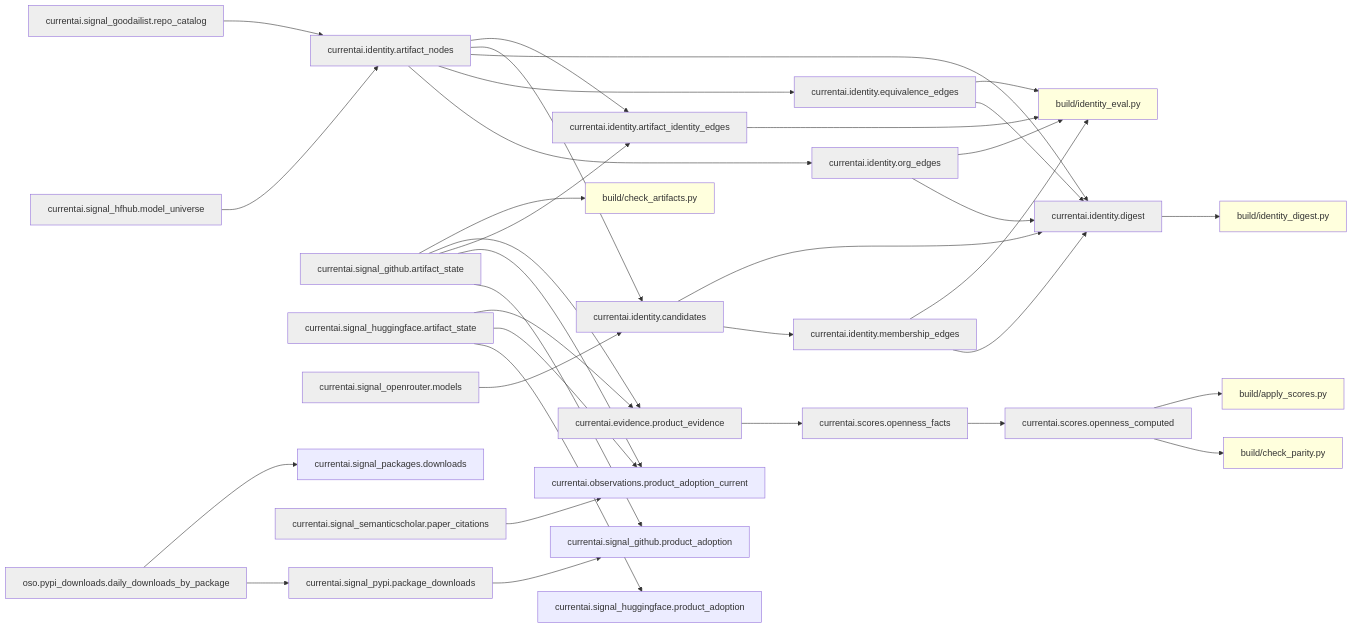
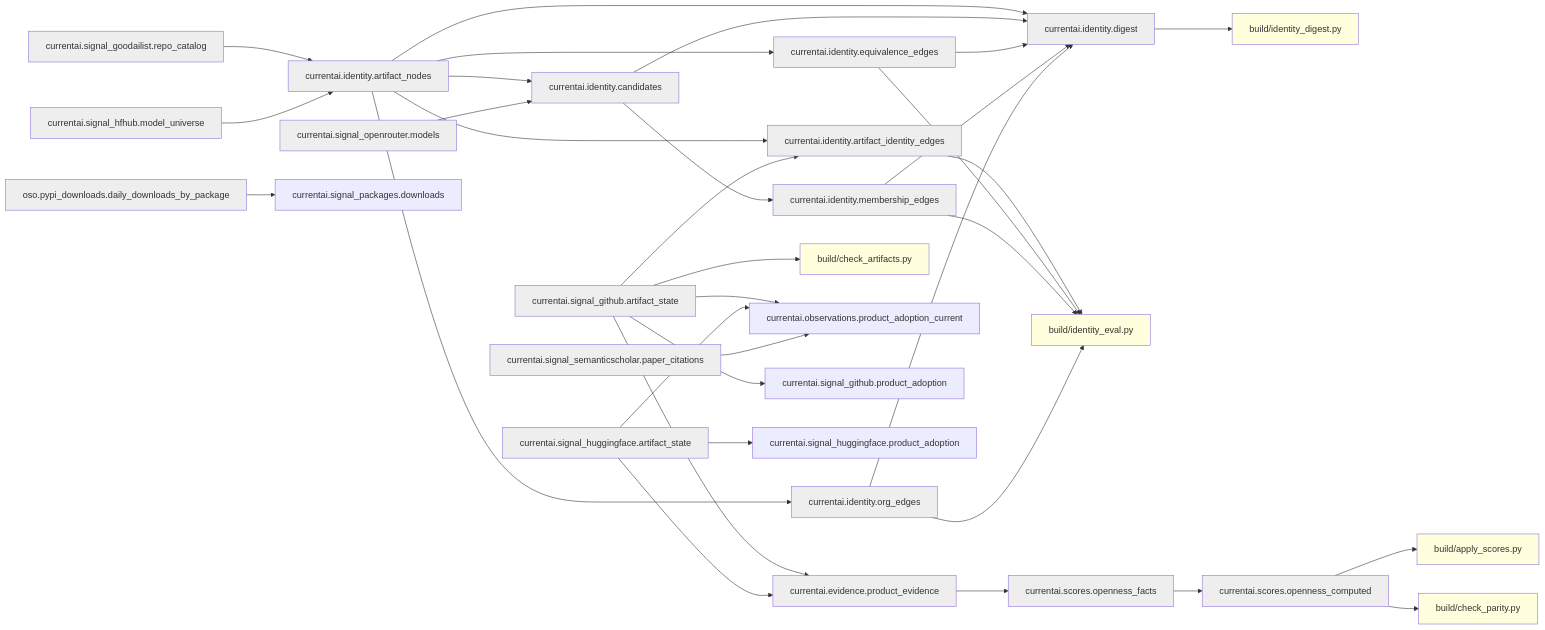
Before and after one commit to currentai-org/os-ai-map: the second of 3 diagrams in docs/architecture/current-state-dag.md, drawn with Mermaid. The commit also changed other lines of this file and 13 other files, not shown here.

````diff
--- a/docs/architecture/current-state-dag.md
+++ b/docs/architecture/current-state-dag.md
@@ -127,40 +127,38 @@
 ```mermaid
 graph LR
   currentai__evidence__product_evidence[currentai.evidence.product_evidence]:::dep --> currentai__scores__openness_facts[currentai.scores.openness_facts]:::dep
   currentai__identity__artifact_identity_edges[currentai.identity.artifact_identity_edges]:::dep --> build/identity_eval__py[build/identity_eval.py]:::audit
   currentai__identity__artifact_nodes[currentai.identity.artifact_nodes]:::dep --> currentai__identity__artifact_identity_edges[currentai.identity.artifact_identity_edges]:::dep
   currentai__identity__artifact_nodes[currentai.identity.artifact_nodes]:::dep --> currentai__identity__candidates[currentai.identity.candidates]:::dep
   currentai__identity__artifact_nodes[currentai.identity.artifact_nodes]:::dep --> currentai__identity__digest[currentai.identity.digest]:::dep
   currentai__identity__artifact_nodes[currentai.identity.artifact_nodes]:::dep --> currentai__identity__equivalence_edges[currentai.identity.equivalence_edges]:::dep
   currentai__identity__artifact_nodes[currentai.identity.artifact_nodes]:::dep --> currentai__identity__org_edges[currentai.identity.org_edges]:::dep
   currentai__identity__candidates[currentai.identity.candidates]:::dep --> currentai__identity__digest[currentai.identity.digest]:::dep
   currentai__identity__candidates[currentai.identity.candidates]:::dep --> currentai__identity__membership_edges[currentai.identity.membership_edges]:::dep
   currentai__identity__digest[currentai.identity.digest]:::dep --> build/identity_digest__py[build/identity_digest.py]:::audit
   currentai__identity__equivalence_edges[currentai.identity.equivalence_edges]:::dep --> build/identity_eval__py[build/identity_eval.py]:::audit
   currentai__identity__equivalence_edges[currentai.identity.equivalence_edges]:::dep --> currentai__identity__digest[currentai.identity.digest]:::dep
   currentai__identity__membership_edges[currentai.identity.membership_edges]:::dep --> build/identity_eval__py[build/identity_eval.py]:::audit
   currentai__identity__membership_edges[currentai.identity.membership_edges]:::dep --> currentai__identity__digest[currentai.identity.digest]:::dep
   currentai__identity__org_edges[currentai.identity.org_edges]:::dep --> build/identity_eval__py[build/identity_eval.py]:::audit
   currentai__identity__org_edges[currentai.identity.org_edges]:::dep --> currentai__identity__digest[currentai.identity.digest]:::dep
   currentai__scores__openness_computed[currentai.scores.openness_computed]:::dep --> build/apply_scores__py[build/apply_scores.py]:::audit
   currentai__scores__openness_computed[currentai.scores.openness_computed]:::dep --> build/check_parity__py[build/check_parity.py]:::audit
   currentai__scores__openness_facts[currentai.scores.openness_facts]:::dep --> currentai__scores__openness_computed[currentai.scores.openness_computed]:::dep
   currentai__signal_github__artifact_state[currentai.signal_github.artifact_state]:::dep --> build/check_artifacts__py[build/check_artifacts.py]:::audit
   currentai__signal_github__artifact_state[currentai.signal_github.artifact_state]:::dep --> currentai__evidence__product_evidence[currentai.evidence.product_evidence]:::dep
   currentai__signal_github__artifact_state[currentai.signal_github.artifact_state]:::dep --> currentai__identity__artifact_identity_edges[currentai.identity.artifact_identity_edges]:::dep
   currentai__signal_github__artifact_state[currentai.signal_github.artifact_state]:::dep --> currentai__observations__product_adoption_current[currentai.observations.product_adoption_current]
   currentai__signal_github__artifact_state[currentai.signal_github.artifact_state]:::dep --> currentai__signal_github__product_adoption[currentai.signal_github.product_adoption]
   currentai__signal_goodailist__repo_catalog[currentai.signal_goodailist.repo_catalog]:::dep --> currentai__identity__artifact_nodes[currentai.identity.artifact_nodes]:::dep
   currentai__signal_hfhub__model_universe[currentai.signal_hfhub.model_universe]:::dep --> currentai__identity__artifact_nodes[currentai.identity.artifact_nodes]:::dep
   currentai__signal_huggingface__artifact_state[currentai.signal_huggingface.artifact_state]:::dep --> currentai__evidence__product_evidence[currentai.evidence.product_evidence]:::dep
   currentai__signal_huggingface__artifact_state[currentai.signal_huggingface.artifact_state]:::dep --> currentai__observations__product_adoption_current[currentai.observations.product_adoption_current]
   currentai__signal_huggingface__artifact_state[currentai.signal_huggingface.artifact_state]:::dep --> currentai__signal_huggingface__product_adoption[currentai.signal_huggingface.product_adoption]
   currentai__signal_openrouter__models[currentai.signal_openrouter.models]:::dep --> currentai__identity__candidates[currentai.identity.candidates]:::dep
-  currentai__signal_pypi__package_downloads[currentai.signal_pypi.package_downloads]:::dep --> currentai__signal_github__product_adoption[currentai.signal_github.product_adoption]
   currentai__signal_semanticscholar__paper_citations[currentai.signal_semanticscholar.paper_citations]:::dep --> currentai__observations__product_adoption_current[currentai.observations.product_adoption_current]
   oso__pypi_downloads__daily_downloads_by_package[oso.pypi_downloads.daily_downloads_by_package]:::dep --> currentai__signal_packages__downloads[currentai.signal_packages.downloads]
-  oso__pypi_downloads__daily_downloads_by_package[oso.pypi_downloads.daily_downloads_by_package]:::dep --> currentai__signal_pypi__package_downloads[currentai.signal_pypi.package_downloads]:::dep
   classDef dep fill:#eee;
   classDef audit fill:#ffd;
   classDef src fill:#def;
 ```
````
